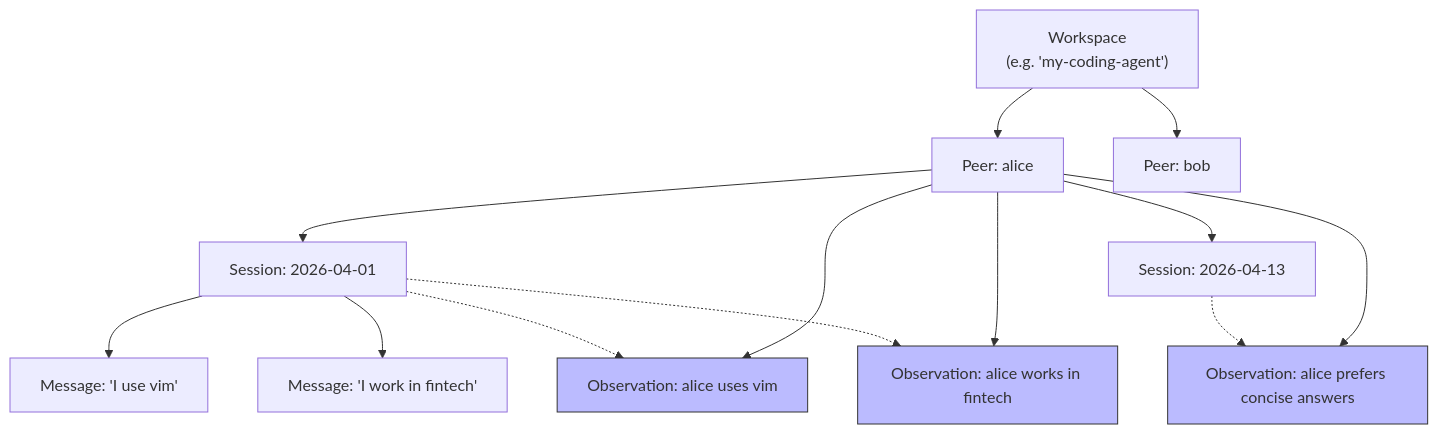
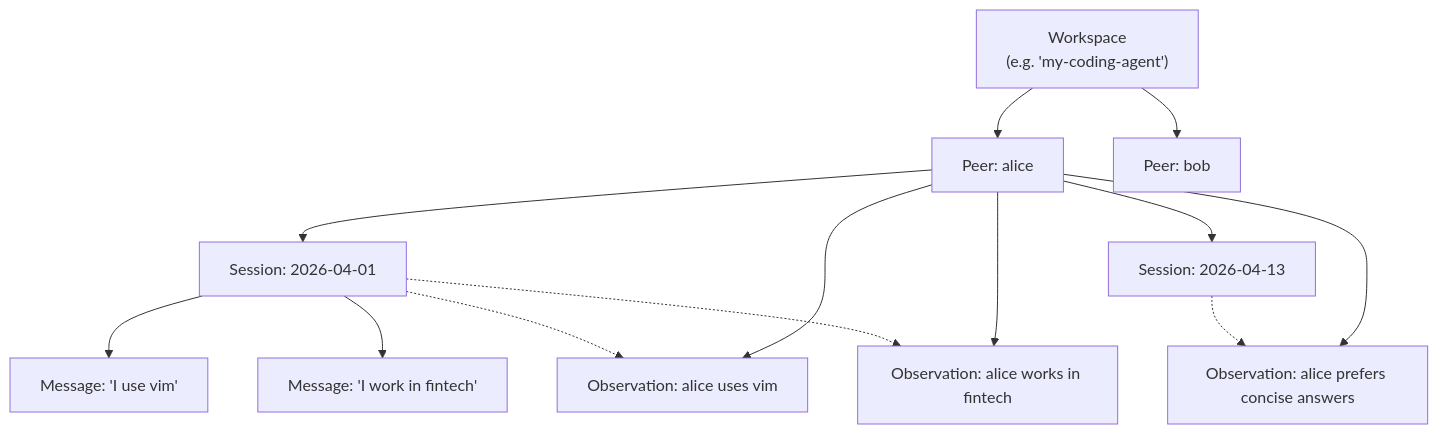
One commit to beyhanmeyrali/BMsCodingMarket changed the second of 7 diagrams in docs/HONCHO_SETUP_GUIDE.md. Above: the diagram before and after it, drawn with Mermaid. The commit also changed other lines of this file, not shown here.

First line of the commit message:
Remove Mermaid styles causing poor contrast in GitHub

````diff
--- a/docs/HONCHO_SETUP_GUIDE.md
+++ b/docs/HONCHO_SETUP_GUIDE.md
@@ -68,20 +62,16 @@
 ```mermaid
 graph TD
     WS["Workspace\n(e.g. 'my-coding-agent')"]
     WS --> P1["Peer: alice"]
     WS --> P2["Peer: bob"]
     P1 --> S1["Session: 2026-04-01"]
     P1 --> S2["Session: 2026-04-13"]
     S1 --> M1["Message: 'I use vim'"]
     S1 --> M2["Message: 'I work in fintech'"]
     P1 --> O1["Observation: alice uses vim"]
     P1 --> O2["Observation: alice works in fintech"]
     P1 --> O3["Observation: alice prefers concise answers"]
     S1 -.-> O1
     S1 -.-> O2
     S2 -.-> O3
-
-    style O1 fill:#bbf,stroke:#333,stroke-width:1px
-    style O2 fill:#bbf,stroke:#333,stroke-width:1px
-    style O3 fill:#bbf,stroke:#333,stroke-width:1px
 ```
````
